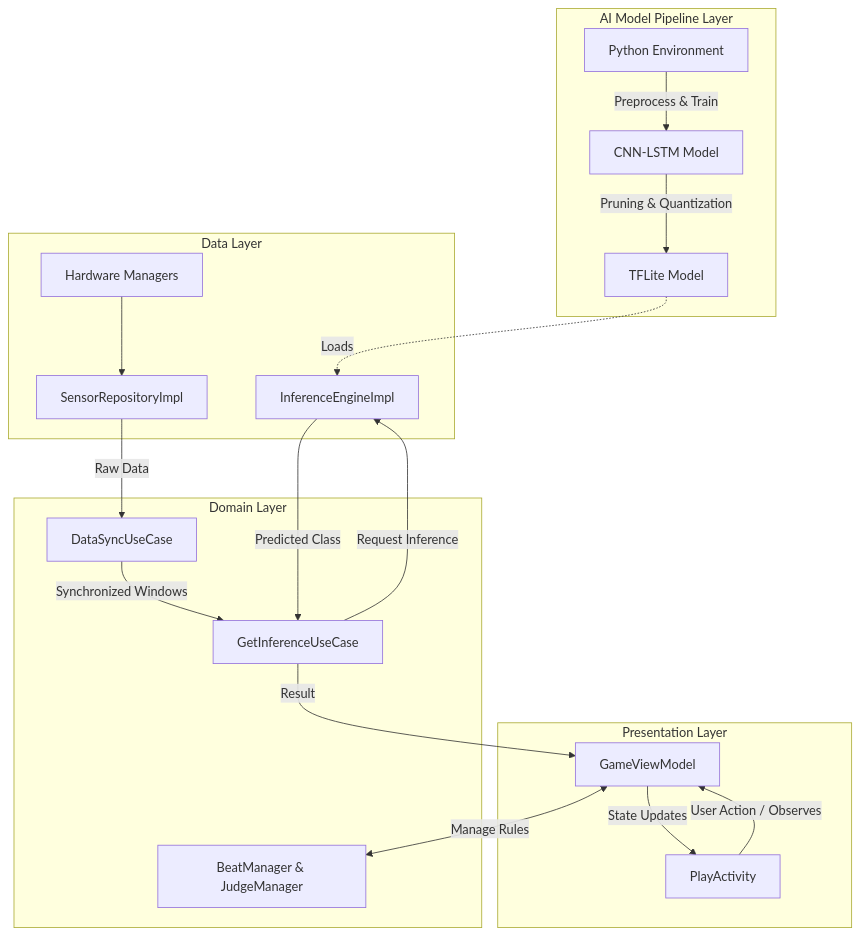
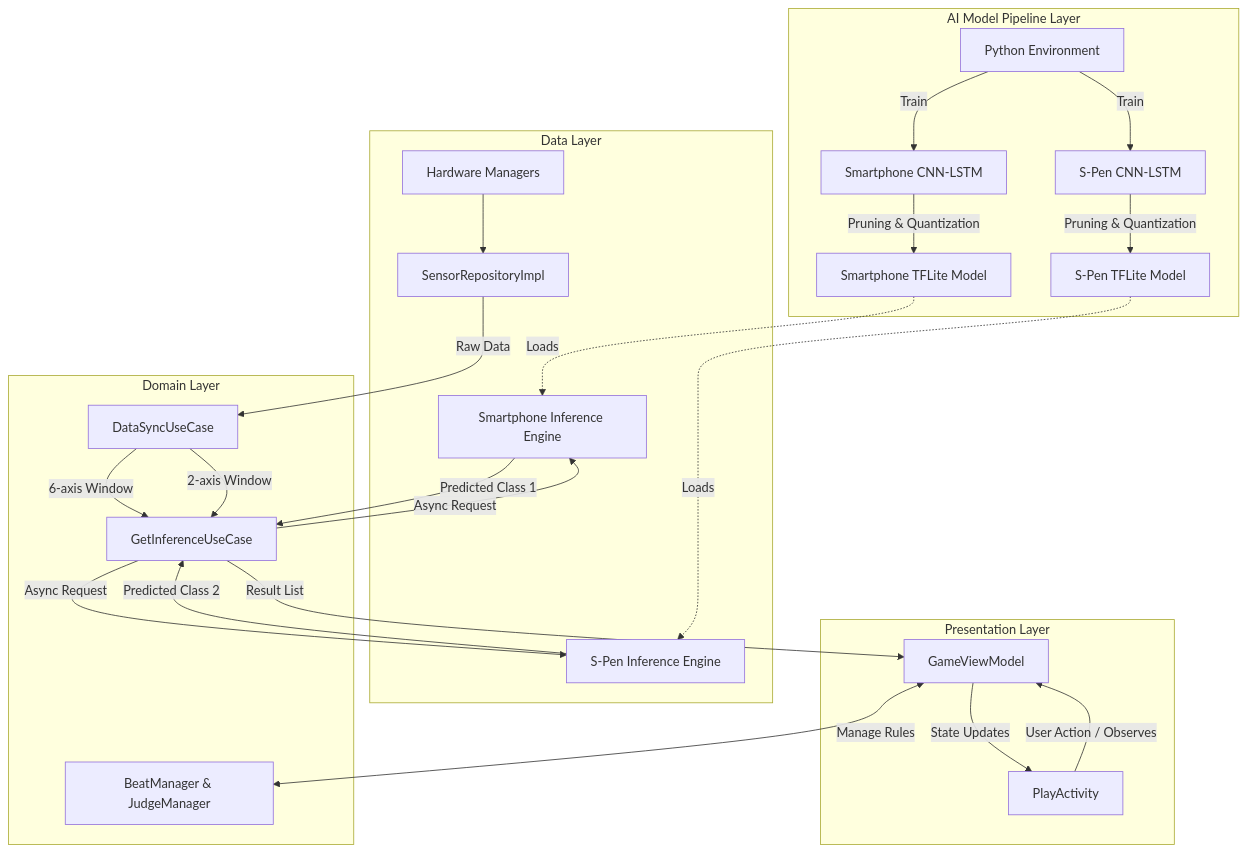
The second of 2 diagrams in docs/02_System_Architecture.md (spklapjs/Point-6), drawn with Mermaid before and after one commit. The commit also changed other lines of this file, not shown here.

First line of the commit message:
Update 02_System_Architecture.md

````diff
--- a/docs/02_System_Architecture.md
+++ b/docs/02_System_Architecture.md
@@ -93,34 +86,41 @@
 ```mermaid
 graph TD
 subgraph AI [AI Model Pipeline Layer]
-P1[Python Environment] -- Preprocess & Train --> P2[CNN-LSTM Model]
-P2 -- Pruning & Quantization --> P3[TFLite Model]
+P1[Python Environment] -- Train --> P2A[Smartphone CNN-LSTM]
+P1 -- Train --> P2B[S-Pen CNN-LSTM]
+P2A -- Pruning & Quantization --> P3A[Smartphone TFLite Model]
+P2B -- Pruning & Quantization --> P3B[S-Pen TFLite Model]
 end
 
 subgraph Data [Data Layer]
 D1[Hardware Managers] --> D2[SensorRepositoryImpl]
-D3[InferenceEngineImpl]
+D3A[Smartphone Inference Engine]
+D3B[S-Pen Inference Engine]
 end
 
-P3 -. Loads .-> D3
+P3A -. Loads .-> D3A
+P3B -. Loads .-> D3B
 
 subgraph Domain [Domain Layer]
 U1[DataSyncUseCase]
 U2[GetInferenceUseCase]
 U3[BeatManager & JudgeManager]
 end
 
 subgraph Presentation [Presentation Layer]
 VM[GameViewModel]
 V1[PlayActivity]
 end
 
 D2 -- Raw Data --> U1
-U1 -- Synchronized Windows --> U2
-U2 -- Request Inference --> D3
-D3 -- Predicted Class --> U2
-U2 -- Result --> VM
+U1 -- 6-axis Window --> U2
+U1 -- 2-axis Window --> U2
+U2 -- Async Request --> D3A
+U2 -- Async Request --> D3B
+D3A -- Predicted Class 1 --> U2
+D3B -- Predicted Class 2 --> U2
+U2 -- Result List --> VM
 VM <-- Manage Rules --> U3
 VM -- State Updates --> V1
 V1 -- User Action / Observes --> VM
 ```
````
